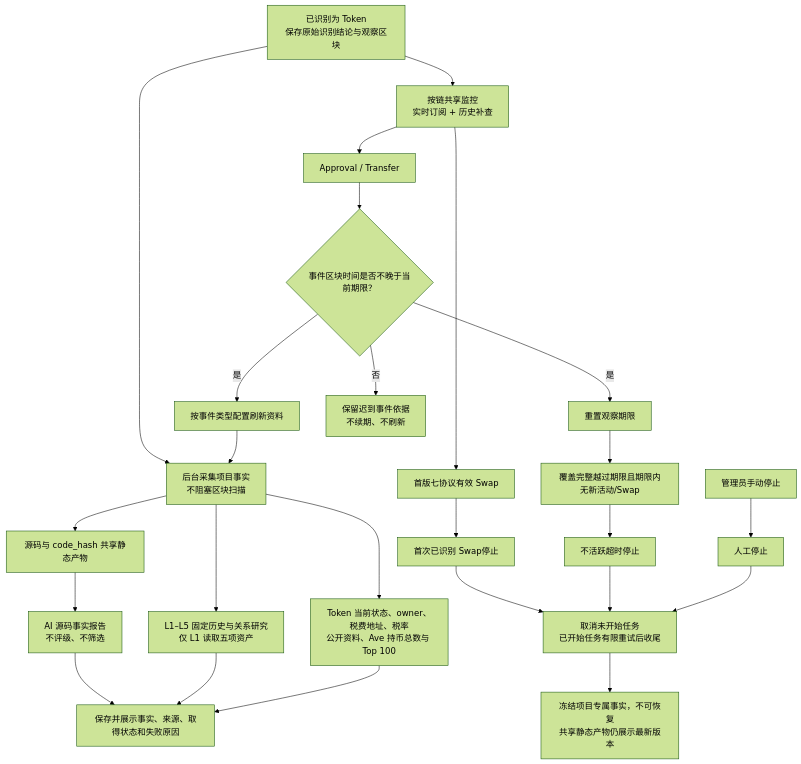
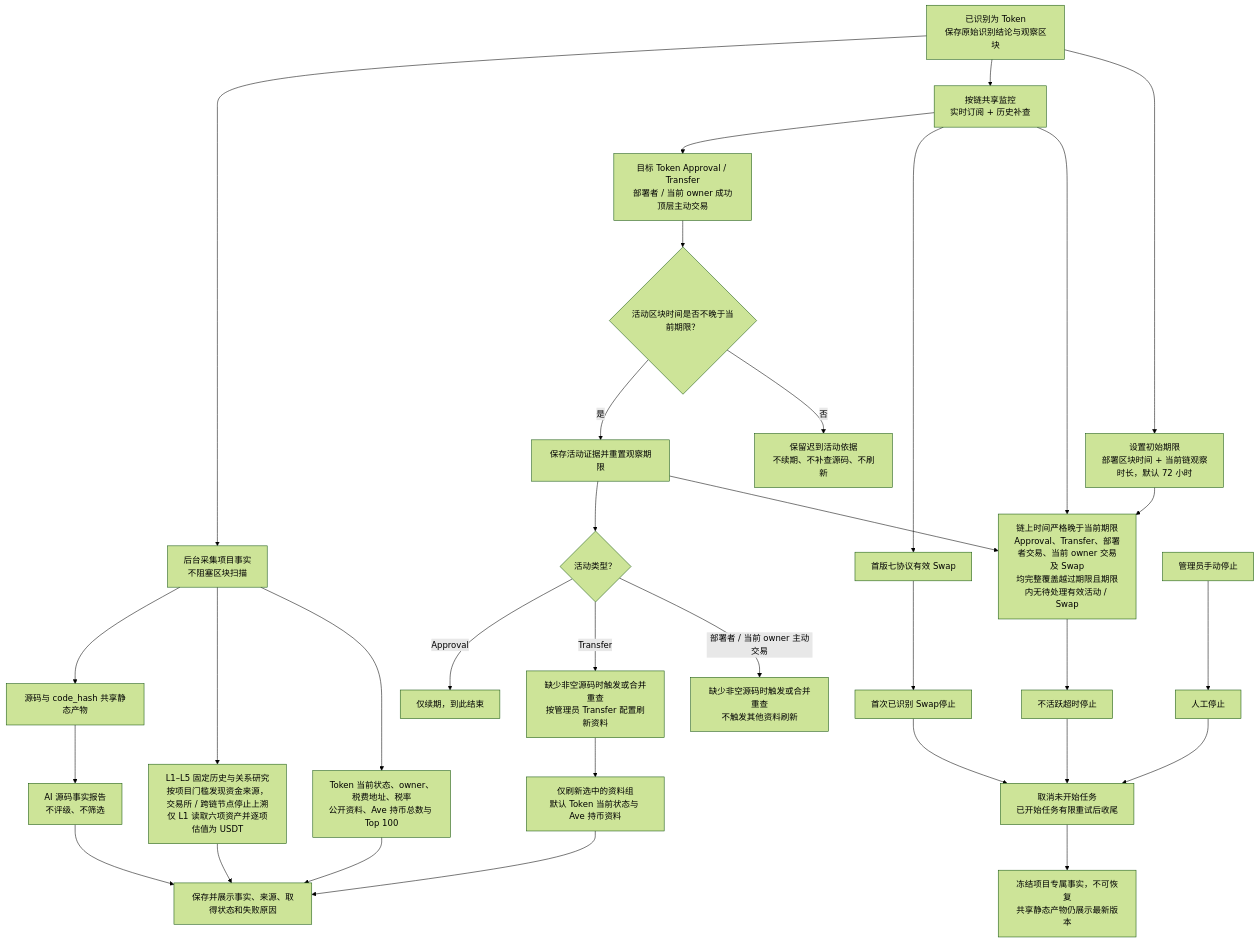
Before and after one commit to useryege/athena-o: the diagram in docs/requirements/token/token-research-flow.md, drawn with Mermaid (forest theme). The commit also changed other lines of this file and 12 other files, not shown here.

````diff
--- a/docs/requirements/token/token-research-flow.md
+++ b/docs/requirements/token/token-research-flow.md
@@ -11,29 +11,36 @@
 ```mermaid
 flowchart TD
     token["已识别为 Token<br/>保存原始识别结论与观察区块"] --> materials["后台采集项目事实<br/>不阻塞区块扫描"]
     materials --> source["源码与 code_hash 共享静态产物"]
     source --> report["AI 源码事实报告<br/>不评级、不筛选"]
-    materials --> wallets["L1–L5 固定历史与关系研究<br/>仅 L1 读取五项资产"]
+    materials --> wallets["L1–L5 固定历史与关系研究<br/>按项目门槛发现资金来源，交易所 / 跨链节点停止上溯<br/>仅 L1 读取六项资产并逐项估值为 USDT"]
     materials --> others["Token 当前状态、owner、税费地址、税率<br/>公开资料、Ave 持币总数与 Top 100"]
     report --> display["保存并展示事实、来源、取得状态和失败原因"]
     wallets --> display
     others --> display
 
     token --> monitor["按链共享监控<br/>实时订阅 + 历史补查"]
-    monitor --> activity["Approval / Transfer"]
-    activity --> activityEligible{"事件区块时间是否不晚于当前期限？"}
-    activityEligible -->|是| renew["重置观察期限"]
-    activityEligible -->|是| refresh["按事件类型配置刷新资料"]
-    activityEligible -->|否| late["保留迟到事件依据<br/>不续期、不刷新"]
-    refresh --> materials
+    token --> initialDeadline["设置初始期限<br/>部署区块时间 + 当前链观察时长，默认 72 小时"]
+    monitor --> activity["目标 Token Approval / Transfer<br/>部署者 / 当前 owner 成功顶层主动交易"]
+    activity --> activityEligible{"活动区块时间是否不晚于当前期限？"}
+    activityEligible -->|是| renew["保存活动证据并重置观察期限"]
+    activityEligible -->|否| late["保留迟到活动依据<br/>不续期、不补查源码、不刷新"]
+    renew --> kind{"活动类型？"}
+    kind -->|Approval| approval["仅续期，到此结束"]
+    kind -->|Transfer| transfer["缺少非空源码时触发或合并重查<br/>按管理员 Transfer 配置刷新资料"]
+    transfer --> refresh["仅刷新选中的资料组<br/>默认 Token 当前状态与 Ave 持币资料"]
+    refresh --> display
+    kind -->|部署者 / 当前 owner 主动交易| walletActivity["缺少非空源码时触发或合并重查<br/>不触发其他资料刷新"]
     monitor --> swap["首版七协议有效 Swap"]
     swap --> stopSwap["首次已识别 Swap停止"]
-    renew --> expiry["覆盖完整越过期限且期限内无新活动/Swap"]
+    initialDeadline --> expiry["链上时间严格晚于当前期限<br/>Approval、Transfer、部署者交易、当前 owner 交易及 Swap<br/>均完整覆盖越过期限且期限内无待处理有效活动 / Swap"]
+    renew --> expiry
+    monitor --> expiry
     expiry --> stopTimeout["不活跃超时停止"]
     admin["管理员手动停止"] --> stopManual["人工停止"]
 
     stopSwap --> settle["取消未开始任务<br/>已开始任务有限重试后收尾"]
     stopTimeout --> settle
     stopManual --> settle
     settle --> freeze["冻结项目专属事实，不可恢复<br/>共享静态产物仍展示最新版本"]
 ```
````
